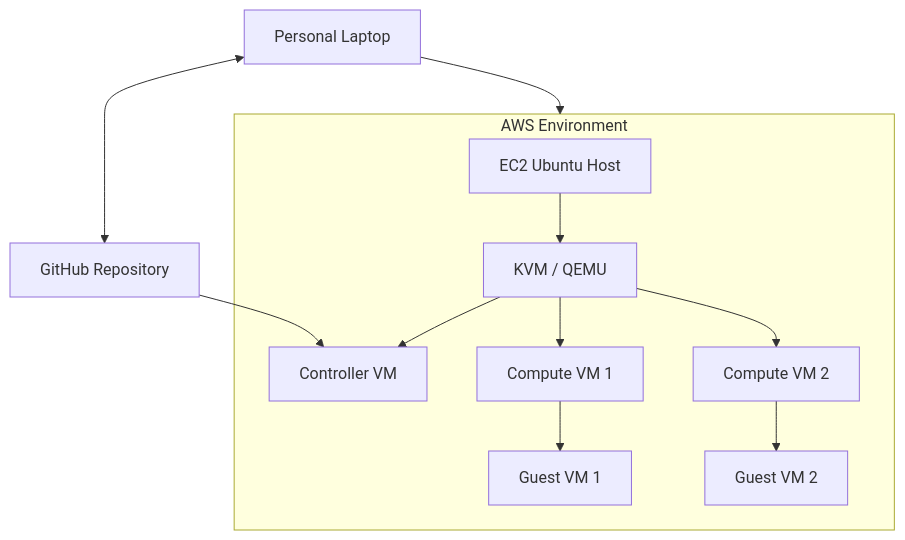
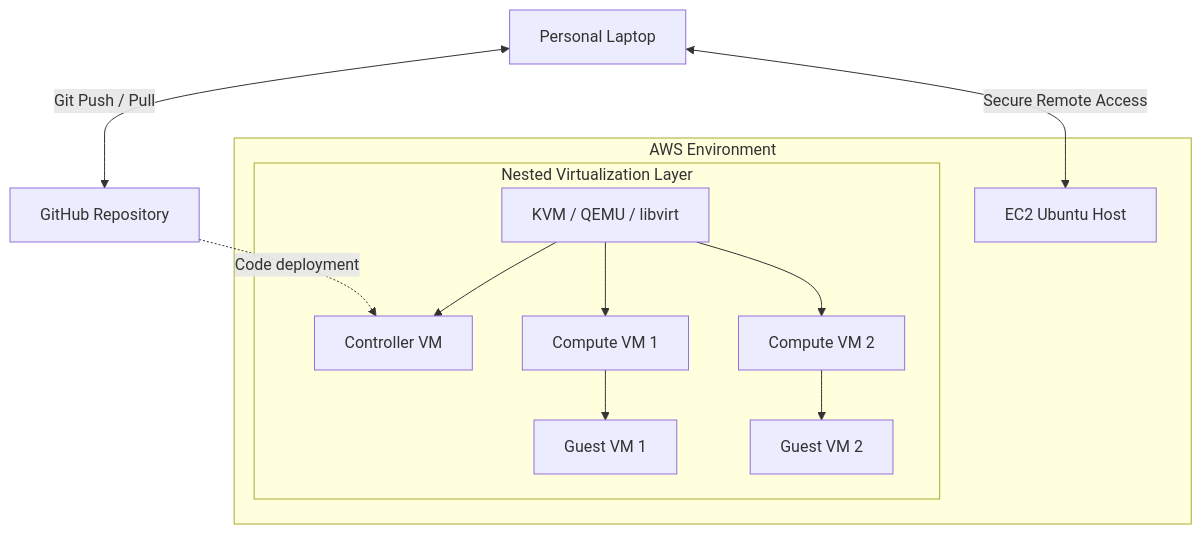
One commit to Unwritten-one/mini-cloud-infrastructure changed the diagram in architecture/deployment_architecture.md. Above: the diagram before and after it, drawn with Mermaid. The commit also changed 2 other files, not shown here.

Commit message:
Add system, network, and deployment architecture diagrams

````diff
--- a/architecture/deployment_architecture.md
+++ b/architecture/deployment_architecture.md
@@ -3,19 +3,21 @@
 ```mermaid
 flowchart TB
-    LAP["Personal Laptop"]
-    LAP --> AWS
+    LAP["Personal Laptop"] <-->|"Secure Remote Access"| EC2
 
     subgraph AWS["AWS Environment"]
         EC2["EC2 Ubuntu Host"]
-        EC2 --> HV["KVM / QEMU"]
-        HV --> C["Controller VM"]
-        HV --> N1["Compute VM 1"]
-        HV --> N2["Compute VM 2"]
-        N1 --> VM1["Guest VM 1"]
-        N2 --> VM2["Guest VM 2"]
+
+        subgraph NESTED["Nested Virtualization Layer"]
+            HV["KVM / QEMU / libvirt"]
+            HV --> C["Controller VM"]
+            HV --> N1["Compute VM 1"]
+            HV --> N2["Compute VM 2"]
+
+            N1 --> VM1["Guest VM 1"]
+            N2 --> VM2["Guest VM 2"]
+        end
     end
 
-    GH["GitHub Repository"]
-    LAP <--> GH
-    GH --> C
+    LAP <-->|"Git Push / Pull"| GH["GitHub Repository"]
+    GH -.->|"Code deployment"| C
 ```
````
